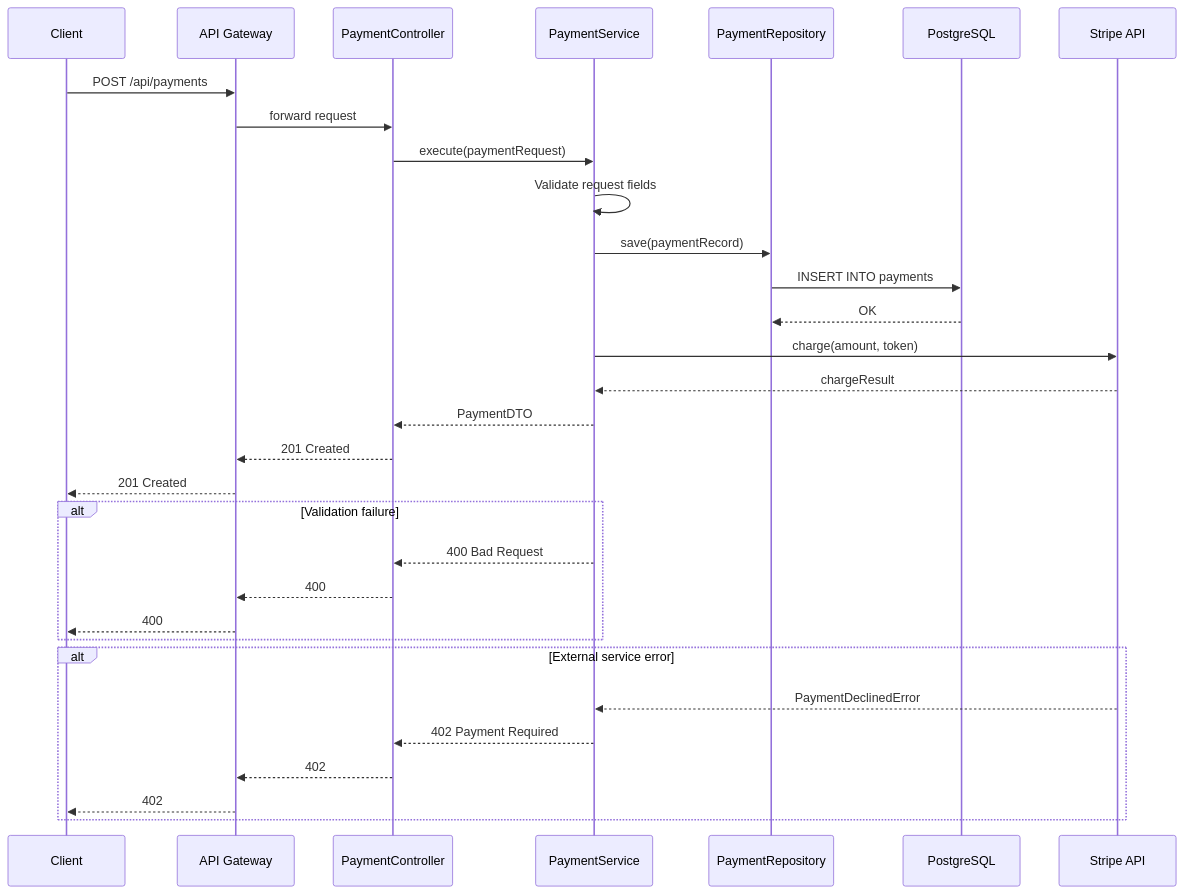
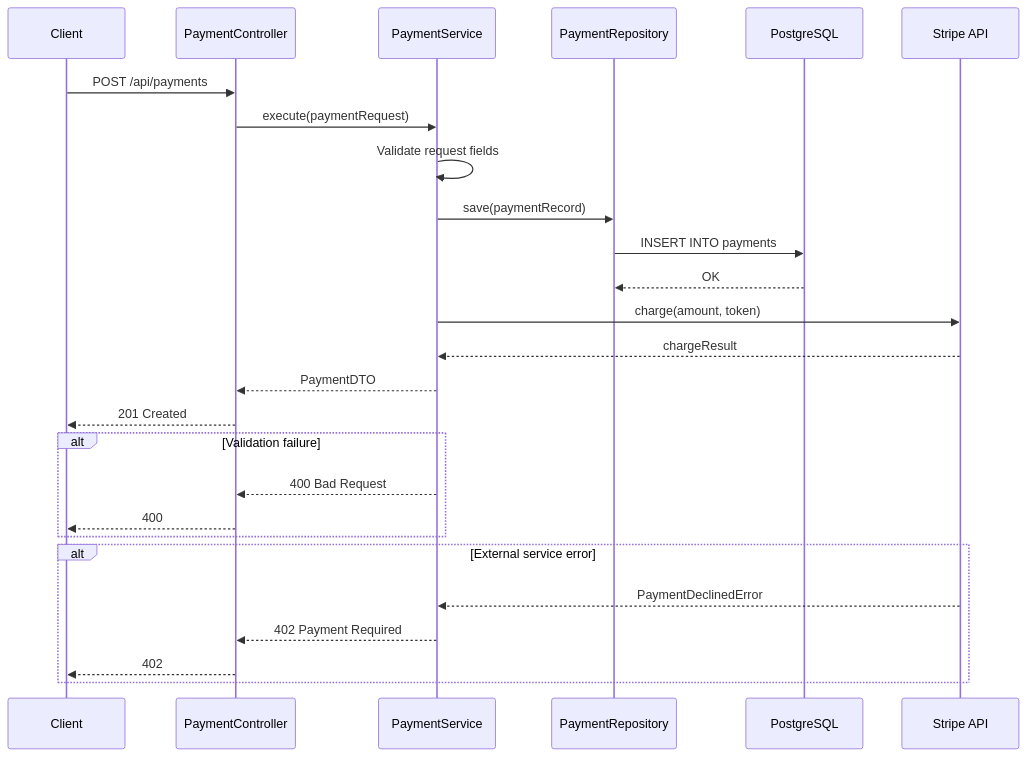
One commit to huya-an/claude-plugin--doc-gen changed the second of 2 diagrams in skills/doc-api/SKILL.md. Above: the diagram before and after it, drawn with Mermaid. The commit also changed other lines of this file, not shown here.

First line of the commit message:
Improve doc-api skill with domain grouping, selective diagrams, and richer contracts

````diff
--- a/skills/doc-api/SKILL.md
+++ b/skills/doc-api/SKILL.md
@@ -37,36 +189,31 @@
 ```mermaid
 sequenceDiagram
     participant C as Client
-    participant G as API Gateway
     participant Ctrl as PaymentController
     participant Svc as PaymentService
     participant Repo as PaymentRepository
     participant DB as PostgreSQL
     participant Ext as Stripe API
 
-    C->>G: POST /api/payments
-    G->>Ctrl: forward request
+    C->>Ctrl: POST /api/payments
     Ctrl->>Svc: execute(paymentRequest)
     Svc->>Svc: Validate request fields
     Svc->>Repo: save(paymentRecord)
     Repo->>DB: INSERT INTO payments
     DB-->>Repo: OK
     Svc->>Ext: charge(amount, token)
     Ext-->>Svc: chargeResult
     Svc-->>Ctrl: PaymentDTO
-    Ctrl-->>G: 201 Created
-    G-->>C: 201 Created
+    Ctrl-->>C: 201 Created
 
     alt Validation failure
         Svc-->>Ctrl: 400 Bad Request
-        Ctrl-->>G: 400
-        G-->>C: 400
+        Ctrl-->>C: 400
     end
 
     alt External service error
         Ext-->>Svc: PaymentDeclinedError
         Svc-->>Ctrl: 402 Payment Required
-        Ctrl-->>G: 402
-        G-->>C: 402
+        Ctrl-->>C: 402
     end
 ```
````
